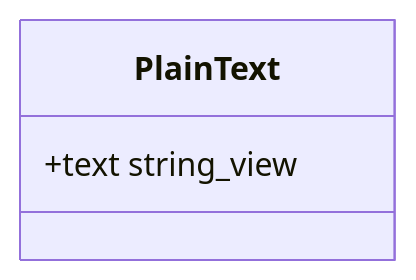
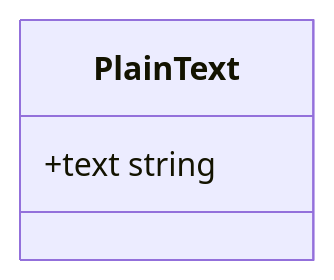
Before and after one commit to ufal/linpipe: the first of 4 diagrams in docs/src/dev/segmentation_tokenization.md, drawn with Mermaid. The commit also changed other lines of this file, not shown here.

````diff
--- a/docs/src/dev/segmentation_tokenization.md
+++ b/docs/src/dev/segmentation_tokenization.md
@@ -36,6 +36,6 @@
 ``` mermaid
 classDiagram
   class PlainText {
-    +text string_view
+    +text string
   }
 ```
````
